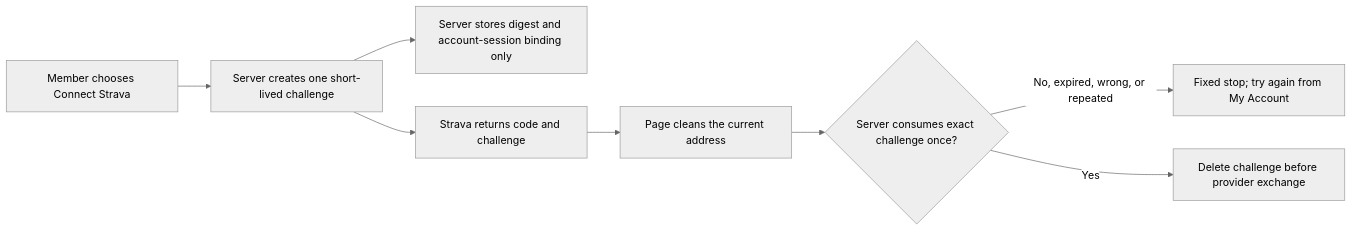
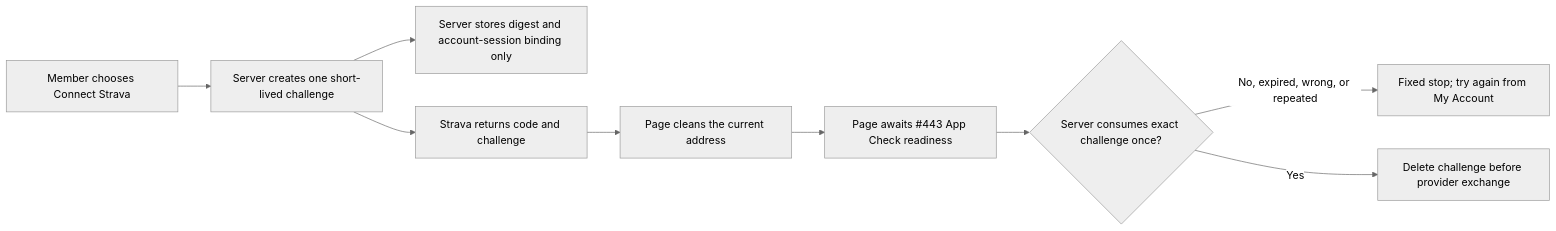
Before and after one commit to Run-MPRC/Run-MPRC.github.io: diagram 22 of 43 in docs/officers/EVENTS_SHOP_MEMBERS.md, drawn with Mermaid (neutral theme). The commit also changed other lines of this file and 7 other files, not shown here.

Commit message:
fix: prepare App Check after Strava callback cleanup

````diff
--- a/docs/officers/EVENTS_SHOP_MEMBERS.md
+++ b/docs/officers/EVENTS_SHOP_MEMBERS.md
@@ -1133,10 +1191,11 @@
 ```mermaid
 flowchart LR
     A["Member chooses Connect Strava"] --> B["Server creates one short-lived challenge"]
     B --> C["Server stores digest and account-session binding only"]
     B --> D["Strava returns code and challenge"]
     D --> E["Page cleans the current address"]
-    E --> F{"Server consumes exact challenge once?"}
+    E --> I["Page awaits #443 App Check readiness"]
+    I --> F{"Server consumes exact challenge once?"}
     F -- "No, expired, wrong, or repeated" --> G["Fixed stop; try again from My Account"]
     F -- "Yes" --> H["Delete challenge before provider exchange"]
 ```
````
